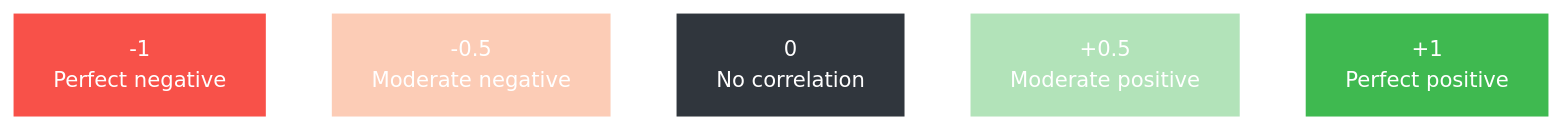
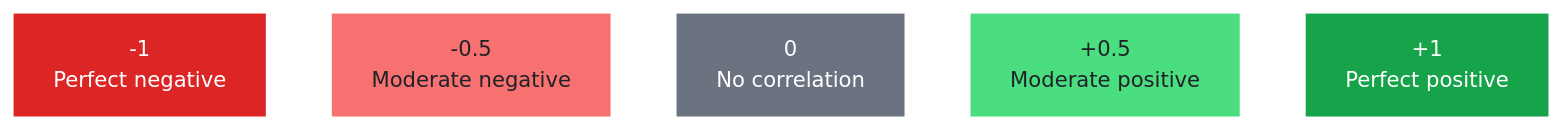
Before and after one commit to ashababnoor/cheatsheets: the second of 4 diagrams in _cheatsheets/probability-and-statistics.md, drawn with Mermaid (forest theme). The commit also changed other lines of this file, not shown here.

Commit message:
style: update color schemes for diagrams in probability and statistics cheatsheet

````diff
--- a/_cheatsheets/probability-and-statistics.md
+++ b/_cheatsheets/probability-and-statistics.md
@@ -118,9 +118,9 @@
 ```mermaid
 graph LR
     N1["-1<br/>Perfect negative"] ~~~ N5["-0.5<br/>Moderate negative"] ~~~ Z["0<br/>No correlation"] ~~~ P5["+0.5<br/>Moderate positive"] ~~~ P1["+1<br/>Perfect positive"]
-    style N1 fill:#f85149,color:#fff,stroke:none
-    style N5 fill:#f8814966,color:#fff,stroke:none
-    style Z fill:#30363d,color:#fff,stroke:none
-    style P5 fill:#3fb95066,color:#fff,stroke:none
-    style P1 fill:#3fb950,color:#fff,stroke:none
+    style N1 fill:#dc2626,color:#fff,stroke:none
+    style N5 fill:#f87171,color:#1f2328,stroke:none
+    style Z fill:#6b7280,color:#fff,stroke:none
+    style P5 fill:#4ade80,color:#1f2328,stroke:none
+    style P1 fill:#16a34a,color:#fff,stroke:none
 ```
````
